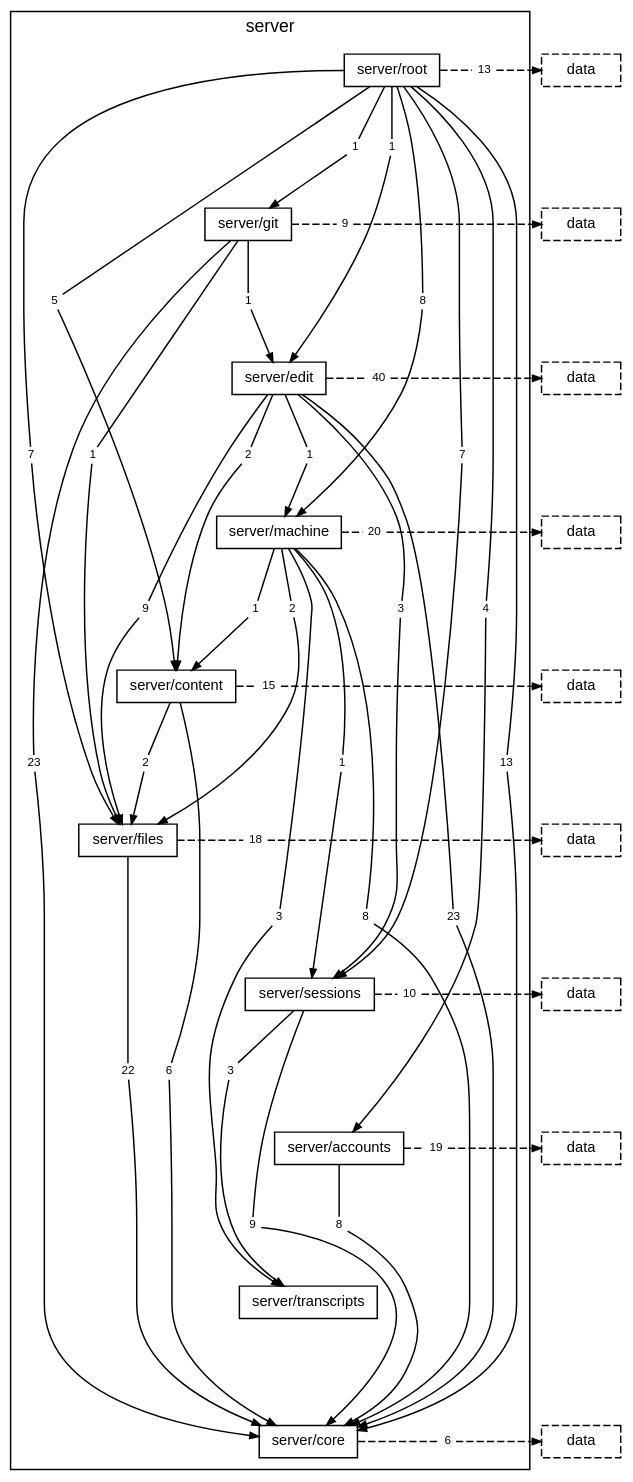
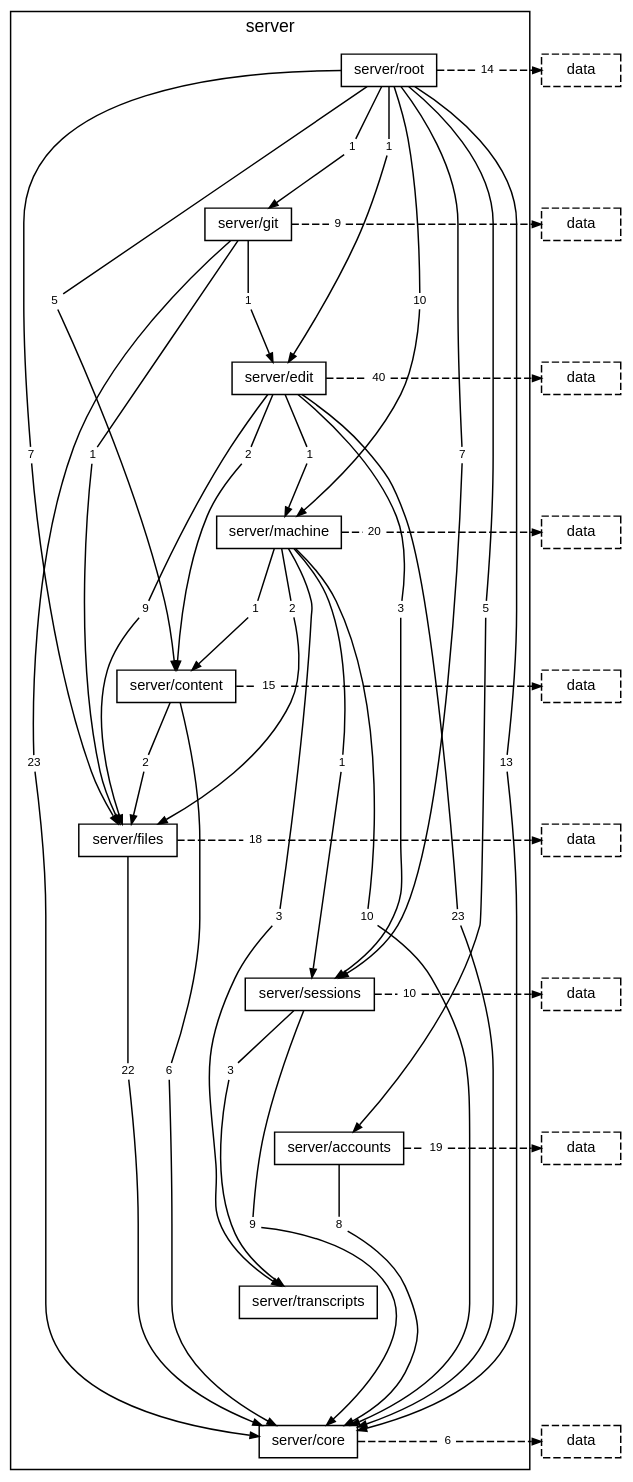
Before and after one commit to TheAxeC/oculus: the diagram in docs/diagrams/layer-server.dot, drawn with Graphviz. The commit also changed 118 other files, not shown here.

```diff
--- a/docs/diagrams/layer-server.dot
+++ b/docs/diagrams/layer-server.dot
@@ -14,15 +14,15 @@
         "folder server/accounts" [label="server/accounts"];
         "folder server/transcripts" [label="server/transcripts"];
         "folder server/core" [label="server/core"];
-        "folder server/root to folder server/accounts" [label="4", shape=box, color="transparent", fontsize=8, width=0, height=0, margin="0.04,0.02"];
+        "folder server/root to folder server/accounts" [label="5", shape=box, color="transparent", fontsize=8, width=0, height=0, margin="0.04,0.02"];
         "folder server/root to folder server/content" [label="5", shape=box, color="transparent", fontsize=8, width=0, height=0, margin="0.04,0.02"];
         "folder server/root to folder server/core" [label="13", shape=box, color="transparent", fontsize=8, width=0, height=0, margin="0.04,0.02"];
         "folder server/root to folder server/edit" [label="1", shape=box, color="transparent", fontsize=8, width=0, height=0, margin="0.04,0.02"];
         "folder server/root to folder server/files" [label="7", shape=box, color="transparent", fontsize=8, width=0, height=0, margin="0.04,0.02"];
         "folder server/root to folder server/git" [label="1", shape=box, color="transparent", fontsize=8, width=0, height=0, margin="0.04,0.02"];
-        "folder server/root to folder server/machine" [label="8", shape=box, color="transparent", fontsize=8, width=0, height=0, margin="0.04,0.02"];
+        "folder server/root to folder server/machine" [label="10", shape=box, color="transparent", fontsize=8, width=0, height=0, margin="0.04,0.02"];
         "folder server/root to folder server/sessions" [label="7", shape=box, color="transparent", fontsize=8, width=0, height=0, margin="0.04,0.02"];
-        "folder server/root to layer data" [label="13", shape=box, color="transparent", fontsize=8, width=0, height=0, margin="0.04,0.02"];
+        "folder server/root to layer data" [label="14", shape=box, color="transparent", fontsize=8, width=0, height=0, margin="0.04,0.02"];
         "folder server/git to folder server/core" [label="23", shape=box, color="transparent", fontsize=8, width=0, height=0, margin="0.04,0.02"];
         "folder server/git to folder server/edit" [label="1", shape=box, color="transparent", fontsize=8, width=0, height=0, margin="0.04,0.02"];
         "folder server/git to folder server/files" [label="1", shape=box, color="transparent", fontsize=8, width=0, height=0, margin="0.04,0.02"];
@@ -34,7 +34,7 @@
         "folder server/edit to folder server/sessions" [label="3", shape=box, color="transparent", fontsize=8, width=0, height=0, margin="0.04,0.02"];
         "folder server/edit to layer data" [label="40", shape=box, color="transparent", fontsize=8, width=0, height=0, margin="0.04,0.02"];
         "folder server/machine to folder server/content" [label="1", shape=box, color="transparent", fontsize=8, width=0, height=0, margin="0.04,0.02"];
-        "folder server/machine to folder server/core" [label="8", shape=box, color="transparent", fontsize=8, width=0, height=0, margin="0.04,0.02"];
+        "folder server/machine to folder server/core" [label="10", shape=box, color="transparent", fontsize=8, width=0, height=0, margin="0.04,0.02"];
         "folder server/machine to folder server/files" [label="2", shape=box, color="transparent", fontsize=8, width=0, height=0, margin="0.04,0.02"];
         "folder server/machine to folder server/sessions" [label="1", shape=box, color="transparent", fontsize=8, width=0, height=0, margin="0.04,0.02"];
         "folder server/machine to folder server/transcripts" [label="3", shape=box, color="transparent", fontsize=8, width=0, height=0, margin="0.04,0.02"];
```
